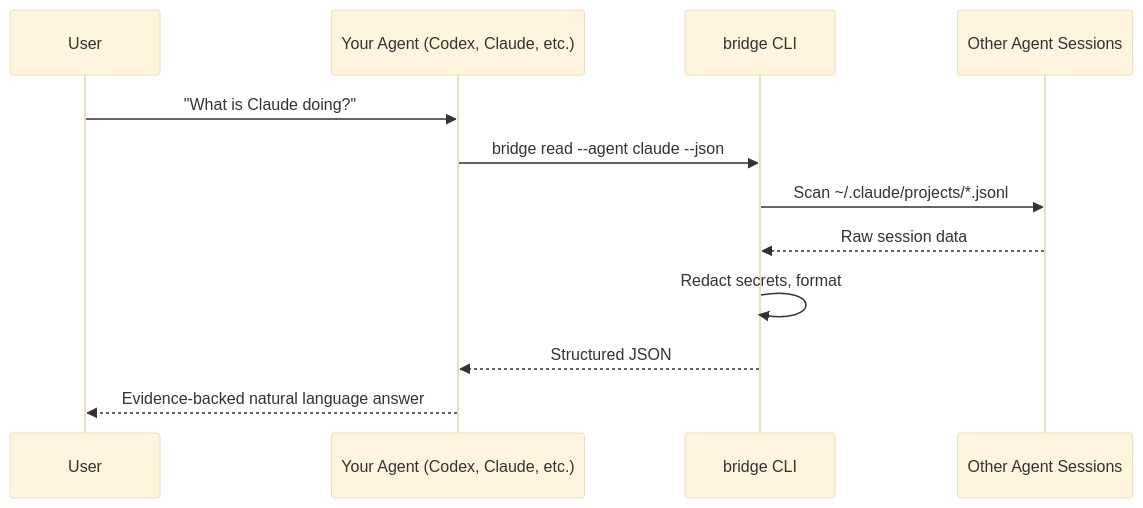
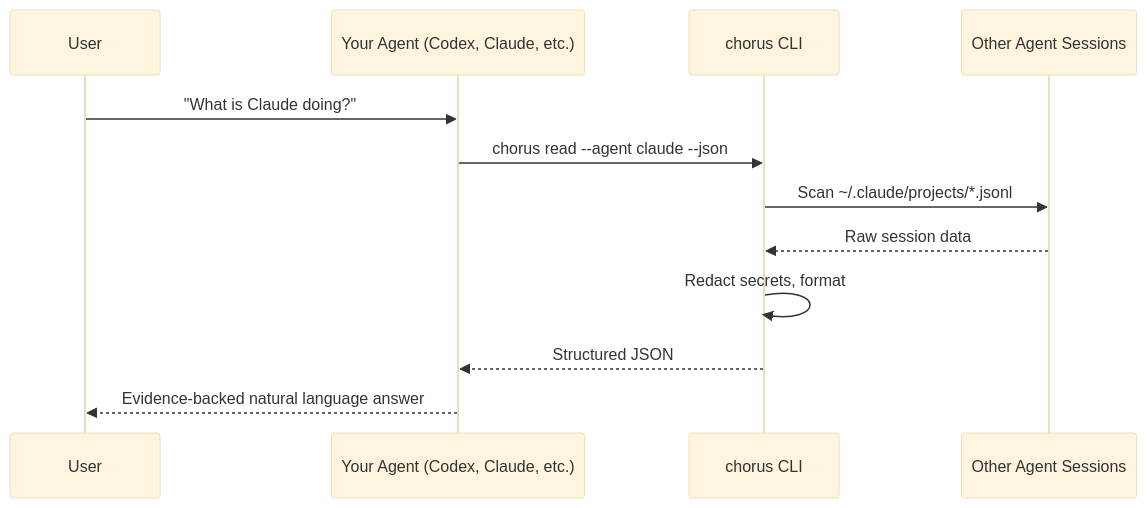
One commit to cote-star/agent-chorus changed the diagram in README.md. Above: the diagram before and after it, drawn with Mermaid (base theme). The commit also changed other lines of this file and 56 other files, not shown here.

First line of the commit message:
v0.7.0: rename agent-bridge to agent-chorus + four innovations

````diff
--- a/README.md
+++ b/README.md
@@ -203,15 +203,15 @@
 ```mermaid
 sequenceDiagram
     participant User
     participant Agent as Your Agent (Codex, Claude, etc.)
-    participant Bridge as bridge CLI
+    participant Chorus as chorus CLI
     participant Sessions as Other Agent Sessions
 
     User->>Agent: "What is Claude doing?"
-    Agent->>Bridge: bridge read --agent claude --json
-    Bridge->>Sessions: Scan ~/.claude/projects/*.jsonl
-    Sessions-->>Bridge: Raw session data
-    Bridge->>Bridge: Redact secrets, format
-    Bridge-->>Agent: Structured JSON
+    Agent->>Chorus: chorus read --agent claude --json
+    Chorus->>Sessions: Scan ~/.claude/projects/*.jsonl
+    Sessions-->>Chorus: Raw session data
+    Chorus->>Chorus: Redact secrets, format
+    Chorus-->>Agent: Structured JSON
     Agent-->>User: Evidence-backed natural language answer
 ```
````
